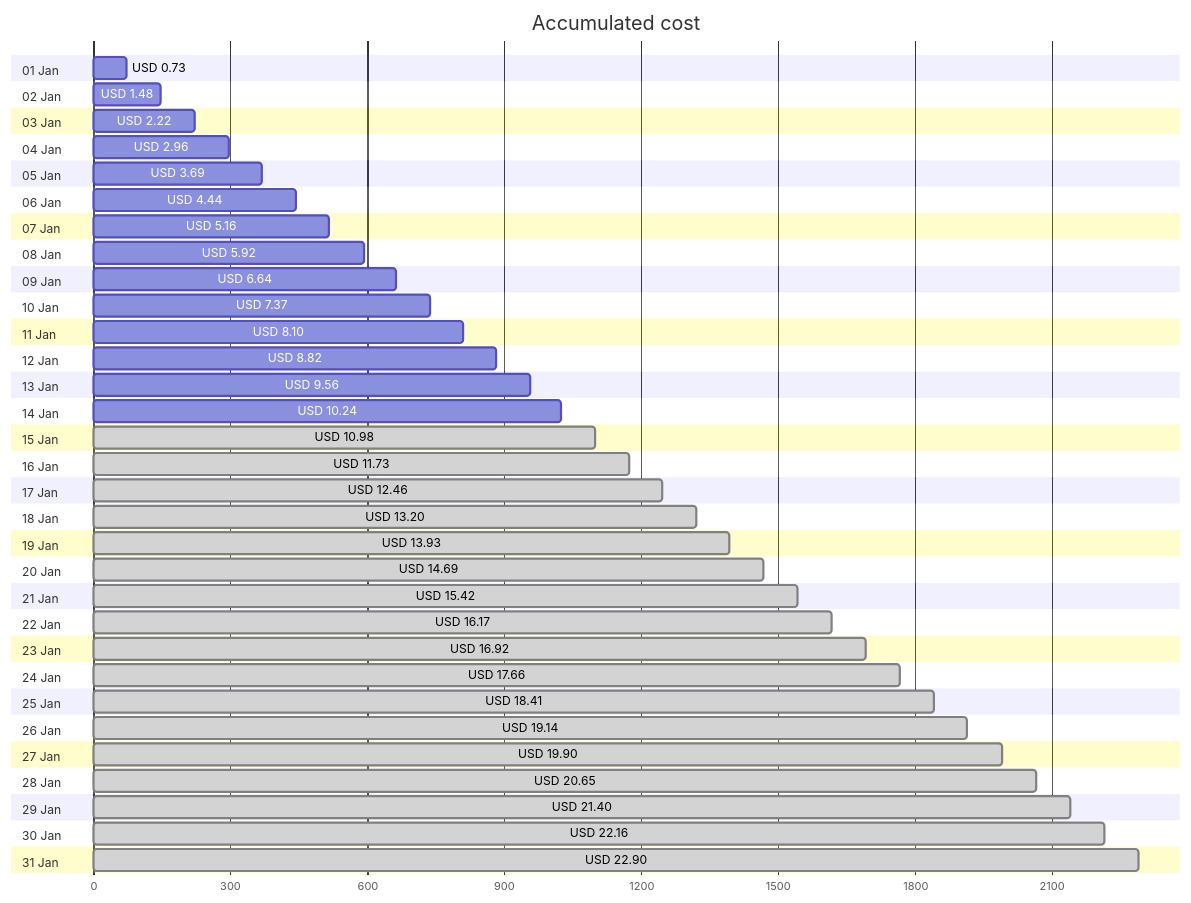
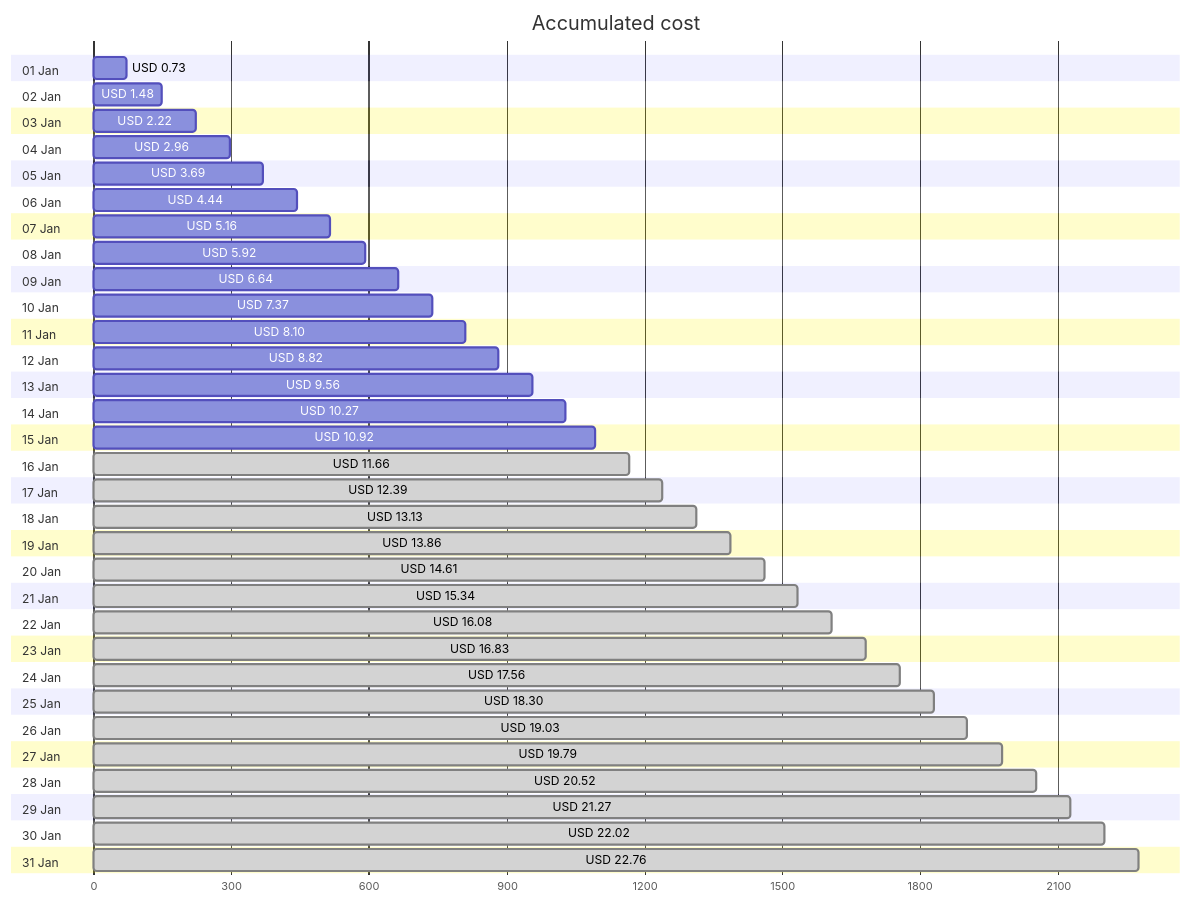
The first of 4 diagrams in cost-reports/personal-network/backup-server-data-disk.md (jpfulton/azure-personal-reports), drawn with Mermaid before and after one commit. The commit also changed other lines of this file and 8 other files, not shown here.

````diff
--- a/cost-reports/personal-network/backup-server-data-disk.md
+++ b/cost-reports/personal-network/backup-server-data-disk.md
@@ -20,68 +20,68 @@
 ```mermaid
 gantt
    title Accumulated cost
    dateFormat  X
    axisFormat %s
    section 01 Jan
    USD 0.73 :0, 73
    section 02 Jan
    USD 1.48 :0, 148
    section 03 Jan
    USD 2.22 :0, 222
    section 04 Jan
    USD 2.96 :0, 296
    section 05 Jan
    USD 3.69 :0, 369
    section 06 Jan
    USD 4.44 :0, 444
    section 07 Jan
    USD 5.16 :0, 516
    section 08 Jan
    USD 5.92 :0, 592
    section 09 Jan
    USD 6.64 :0, 664
    section 10 Jan
    USD 7.37 :0, 737
    section 11 Jan
    USD 8.10 :0, 810
    section 12 Jan
    USD 8.82 :0, 882
    section 13 Jan
    USD 9.56 :0, 956
    section 14 Jan
-   USD 10.24 :0, 1024
+   USD 10.27 :0, 1027
    section 15 Jan
-   USD 10.98 : done, 0, 1098
+   USD 10.92 :0, 1092
    section 16 Jan
-   USD 11.73 : done, 0, 1173
+   USD 11.66 : done, 0, 1166
    section 17 Jan
-   USD 12.46 : done, 0, 1246
+   USD 12.39 : done, 0, 1239
    section 18 Jan
-   USD 13.20 : done, 0, 1320
+   USD 13.13 : done, 0, 1313
    section 19 Jan
-   USD 13.93 : done, 0, 1393
+   USD 13.86 : done, 0, 1386
    section 20 Jan
-   USD 14.69 : done, 0, 1469
+   USD 14.61 : done, 0, 1461
    section 21 Jan
-   USD 15.42 : done, 0, 1542
+   USD 15.34 : done, 0, 1534
    section 22 Jan
-   USD 16.17 : done, 0, 1617
+   USD 16.08 : done, 0, 1608
    section 23 Jan
-   USD 16.92 : done, 0, 1692
+   USD 16.83 : done, 0, 1683
    section 24 Jan
-   USD 17.66 : done, 0, 1766
+   USD 17.56 : done, 0, 1756
    section 25 Jan
-   USD 18.41 : done, 0, 1841
+   USD 18.30 : done, 0, 1830
    section 26 Jan
-   USD 19.14 : done, 0, 1914
+   USD 19.03 : done, 0, 1903
    section 27 Jan
-   USD 19.90 : done, 0, 1990
+   USD 19.79 : done, 0, 1979
    section 28 Jan
-   USD 20.65 : done, 0, 2065
+   USD 20.52 : done, 0, 2052
    section 29 Jan
-   USD 21.40 : done, 0, 2140
+   USD 21.27 : done, 0, 2127
    section 30 Jan
-   USD 22.16 : done, 0, 2216
+   USD 22.02 : done, 0, 2202
    section 31 Jan
-   USD 22.90 : done, 0, 2290
+   USD 22.76 : done, 0, 2276
 ```
````
